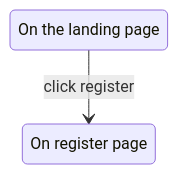
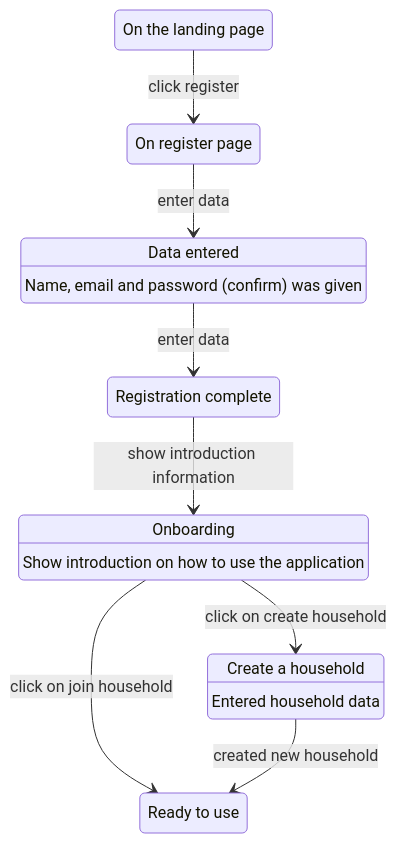
The first of 3 diagrams in docs/user-journeys.md (danielplan/wastend), drawn with Mermaid before and after one commit. The commit also changed other lines of this file and 3 other files, not shown here.

Commit message:
started planning architecture

````diff
--- a/docs/user-journeys.md
+++ b/docs/user-journeys.md
@@ -5,6 +5,21 @@
 ```mermaid
 stateDiagram-v2
     state "On the landing page" as landing_page
     state "On register page" as register
+    state "Data entered" as register_data
+    state "Name, email and password (confirm) was given" as register_data
+    state "Registration complete" as register_complete
+    state "Onboarding" as onboard
+    state "Show introduction on how to use the application" as onboard
+    state "Create a household" as create_household
+    state "Entered household data" as create_household
+    state "Ready to use" as ready
+    
     landing_page --> register: click register
+    register --> register_data: enter data
+    register_data --> register_complete: enter data
+    register_complete --> onboard: show introduction information
+    onboard --> create_household: click on create household
+    onboard --> ready: click on join household
+    create_household --> ready: created new household
 ```
````
